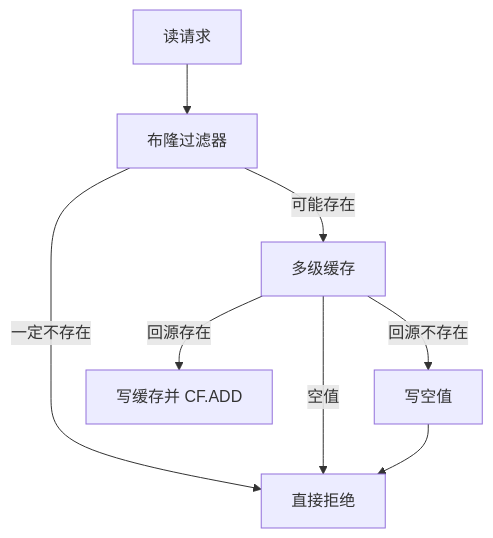
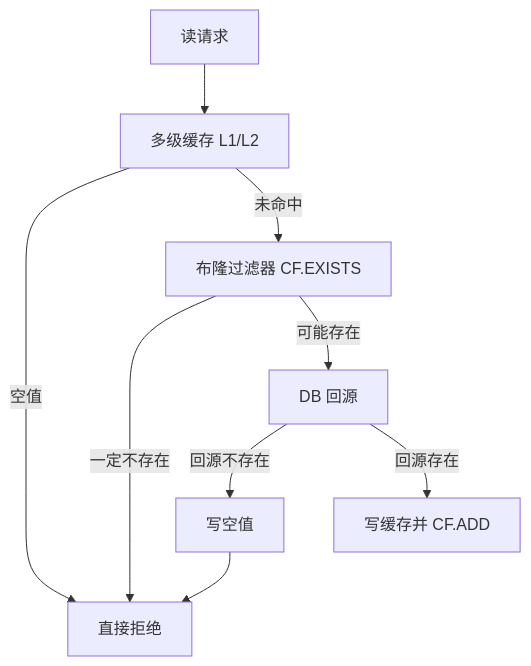
Before and after one commit to bitladykiller/zhiguang_go: the fifth of 13 diagrams in docs/modules/09-热点缓存与多级缓存策略.md, drawn with Mermaid. The commit also changed other lines of this file and 19 other files, not shown here.

````diff
--- a/docs/modules/09-热点缓存与多级缓存策略.md
+++ b/docs/modules/09-热点缓存与多级缓存策略.md
@@ -291,10 +289,11 @@
 ```mermaid
 flowchart TD
-    A[读请求] --> B[布隆过滤器]
-    B -->|一定不存在| C[直接拒绝]
-    B -->|可能存在| D[多级缓存]
-    D -->|空值| C
-    D -->|回源不存在| E[写空值]
+    A[读请求] --> D[多级缓存 L1/L2]
+    D -->|空值| C[直接拒绝]
+    D -->|未命中| B[布隆过滤器 CF.EXISTS]
+    B -->|一定不存在| C
+    B -->|可能存在| F[DB 回源]
+    F -->|回源不存在| E[写空值]
     E --> C
-    D -->|回源存在| F[写缓存并 CF.ADD]
+    F -->|回源存在| G[写缓存并 CF.ADD]
 ```
````
